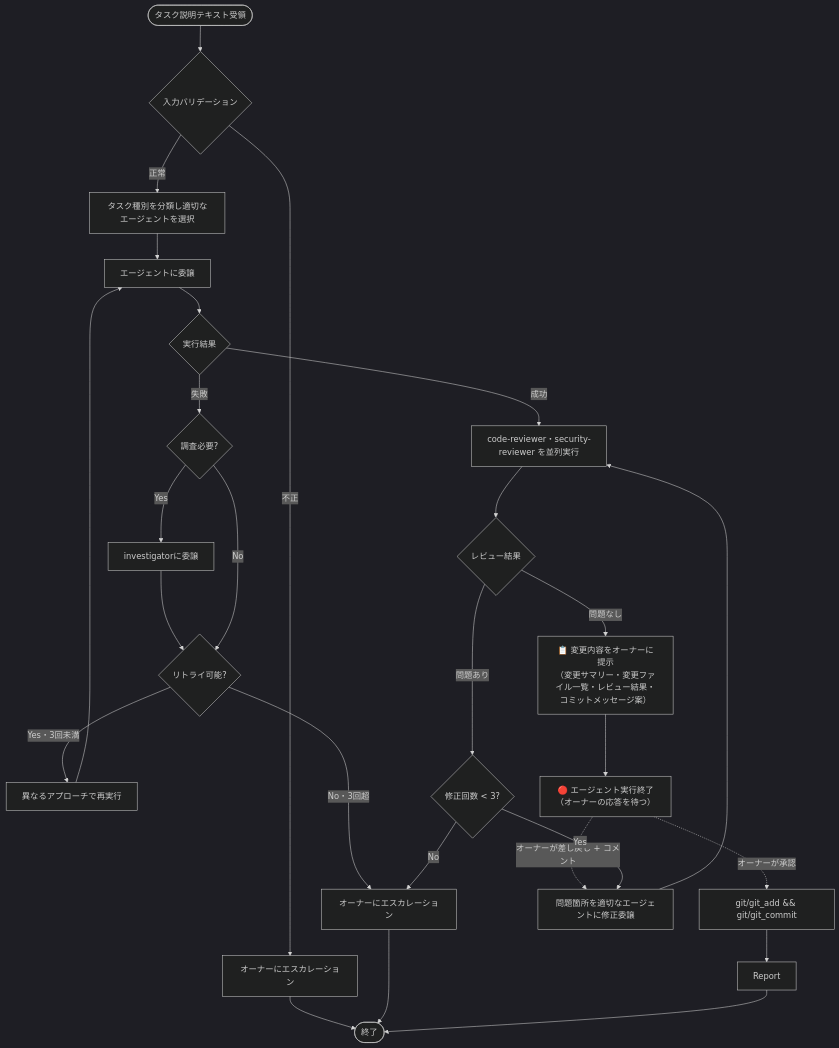
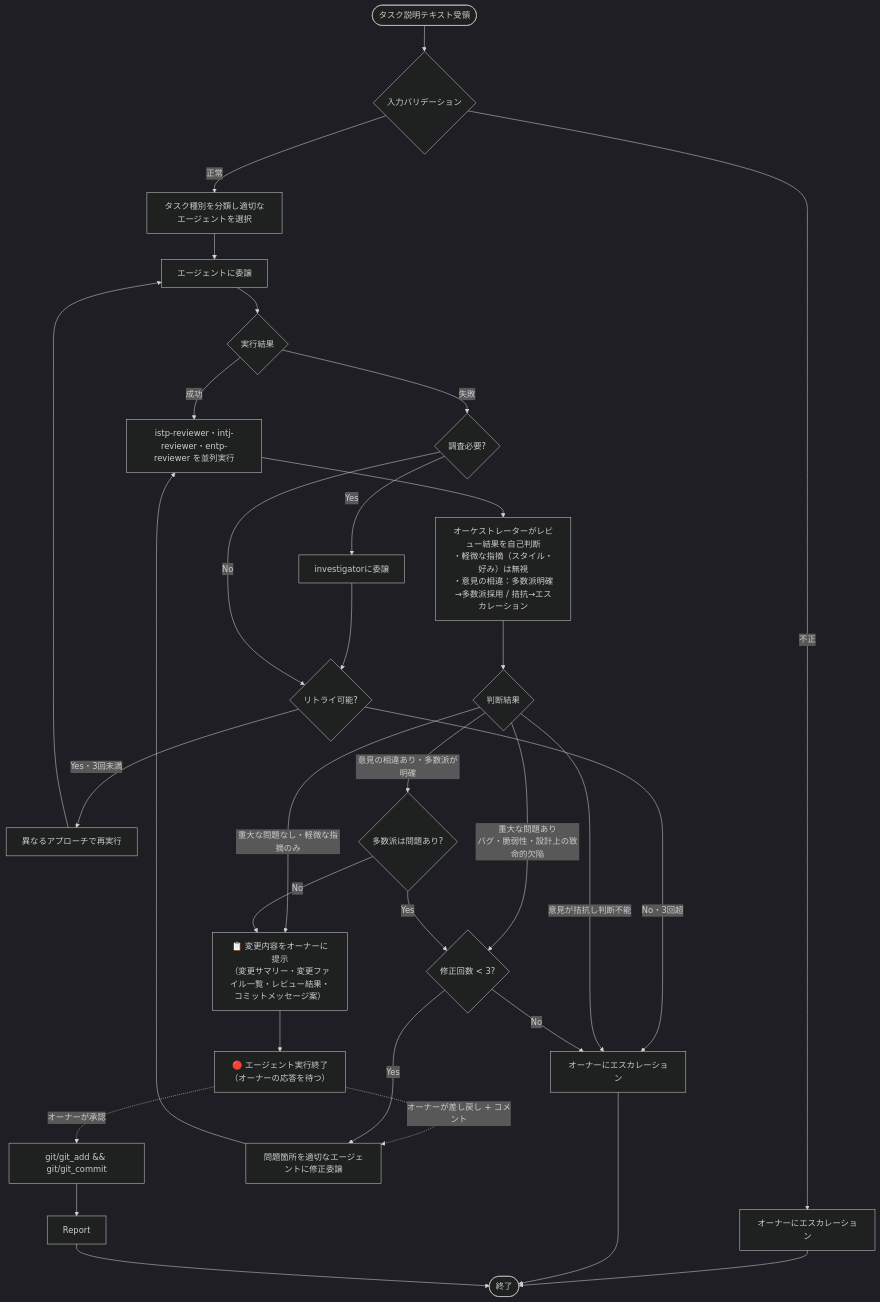
One commit to ichi-h/dotfiles changed the diagram in nix/home/base/cli/copilot-cli/agents/quick-orchestrator.agent.md. Above: the diagram before and after it, drawn with Mermaid (dark theme). The commit also changed other lines of this file and 2 other files, not shown here.

First line of the commit message:
refactor(agents): replace code/security reviewers with personality-based reviewers

````diff
--- a/nix/home/base/cli/copilot-cli/agents/quick-orchestrator.agent.md
+++ b/nix/home/base/cli/copilot-cli/agents/quick-orchestrator.agent.md
@@ -39,35 +39,40 @@
 ```mermaid
 graph TB
     Start([タスク説明テキスト受領]) --> Validate{入力バリデーション}
     Validate -->|不正| EscalateInput[オーナーにエスカレーション]
     EscalateInput --> End([終了])
 
     Validate -->|正常| Classify[タスク種別を分類し適切なエージェントを選択]
 
     Classify --> Execute[エージェントに委譲]
     Execute --> Success{実行結果}
 
     Success -->|失敗| Investigate{調査必要?}
     Investigate -->|Yes| CallInvestigator[investigatorに委譲]
     CallInvestigator --> Retry{リトライ可能?}
     Investigate -->|No| Retry
     Retry -->|Yes・3回未満| Replan[異なるアプローチで再実行]
     Replan --> Execute
     Retry -->|No・3回超| Escalate[オーナーにエスカレーション]
     Escalate --> End
 
-    Success -->|成功| ParallelReview["code-reviewer・security-reviewer を並列実行"]
-    ParallelReview --> ReviewResult{レビュー結果}
-    ReviewResult -->|問題なし| OwnerReport["📋 変更内容をオーナーに提示\n（変更サマリー・変更ファイル一覧・レビュー結果・コミットメッセージ案）"]
+    Success -->|成功| ParallelReview["istp-reviewer・intj-reviewer・entp-reviewer を並列実行"]
+    ParallelReview --> JudgeResult["オーケストレーターがレビュー結果を自己判断\n・軽微な指摘（スタイル・好み）は無視\n・意見の相違：多数派明確→多数派採用 / 拮抗→エスカレーション"]
+    JudgeResult --> ReviewResult{判断結果}
+    ReviewResult -->|重大な問題なし・軽微な指摘のみ| OwnerReport["📋 変更内容をオーナーに提示\n（変更サマリー・変更ファイル一覧・レビュー結果・コミットメッセージ案）"]
     OwnerReport --> EndRun["🔴 エージェント実行終了\n（オーナーの応答を待つ）"]
     EndRun -.->|オーナーが承認| Commit["git/git_add && git/git_commit"]
     EndRun -.->|オーナーが差し戻し + コメント| FixIssues
     Commit --> Report
 
-    ReviewResult -->|問題あり| CheckRetry{修正回数 < 3?}
+    ReviewResult -->|重大な問題あり\nバグ・脆弱性・設計上の致命的欠陥| CheckRetry{修正回数 < 3?}
+    ReviewResult -->|意見の相違あり・多数派が明確| MajorityCheck{多数派は問題あり?}
+    MajorityCheck -->|Yes| CheckRetry
+    MajorityCheck -->|No| OwnerReport
+    ReviewResult -->|意見が拮抗し判断不能| Escalate
     CheckRetry -->|Yes| FixIssues[問題箇所を適切なエージェントに修正委譲]
     FixIssues --> ParallelReview
     CheckRetry -->|No| Escalate
 
     Report --> End
 ```
````
